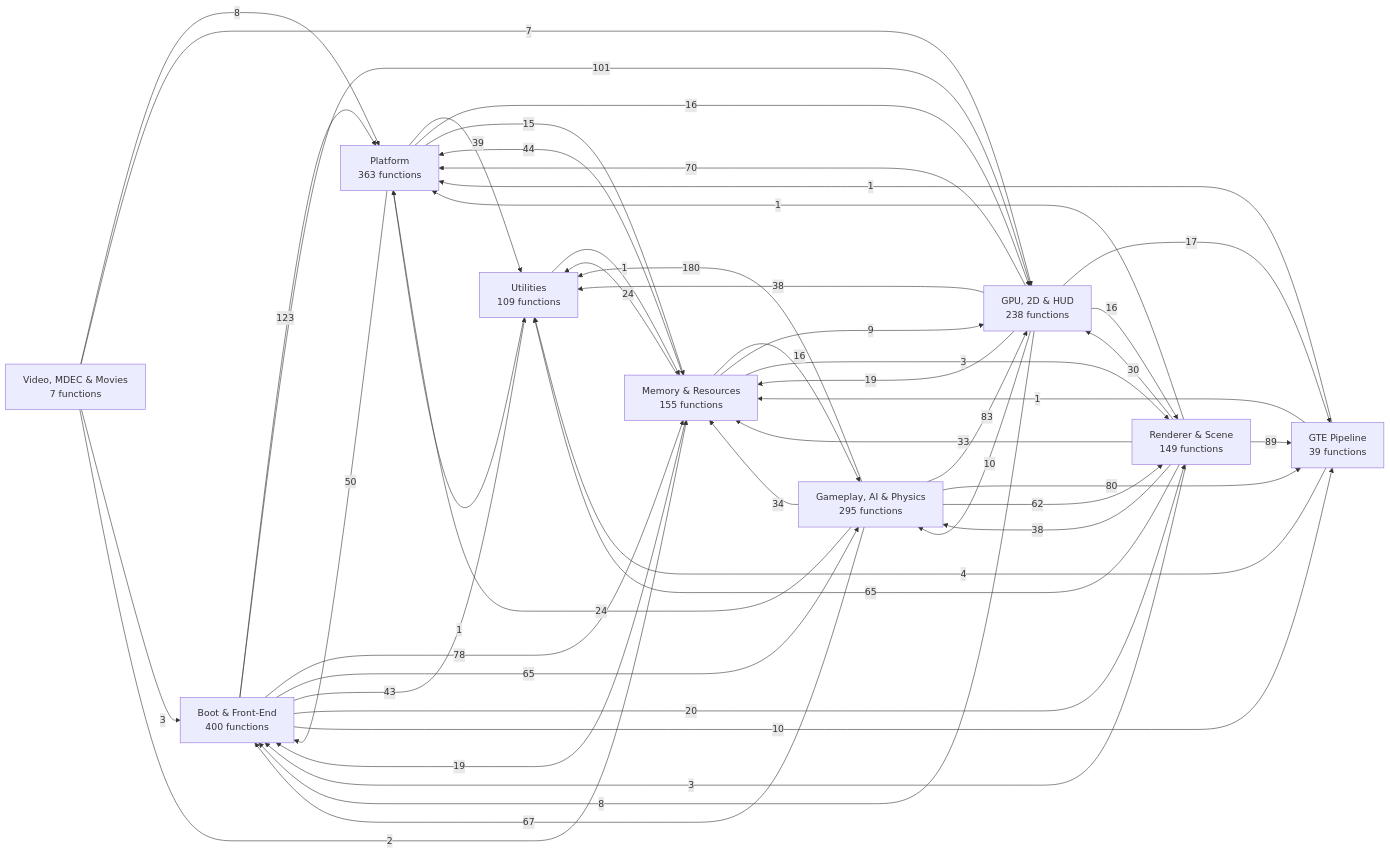
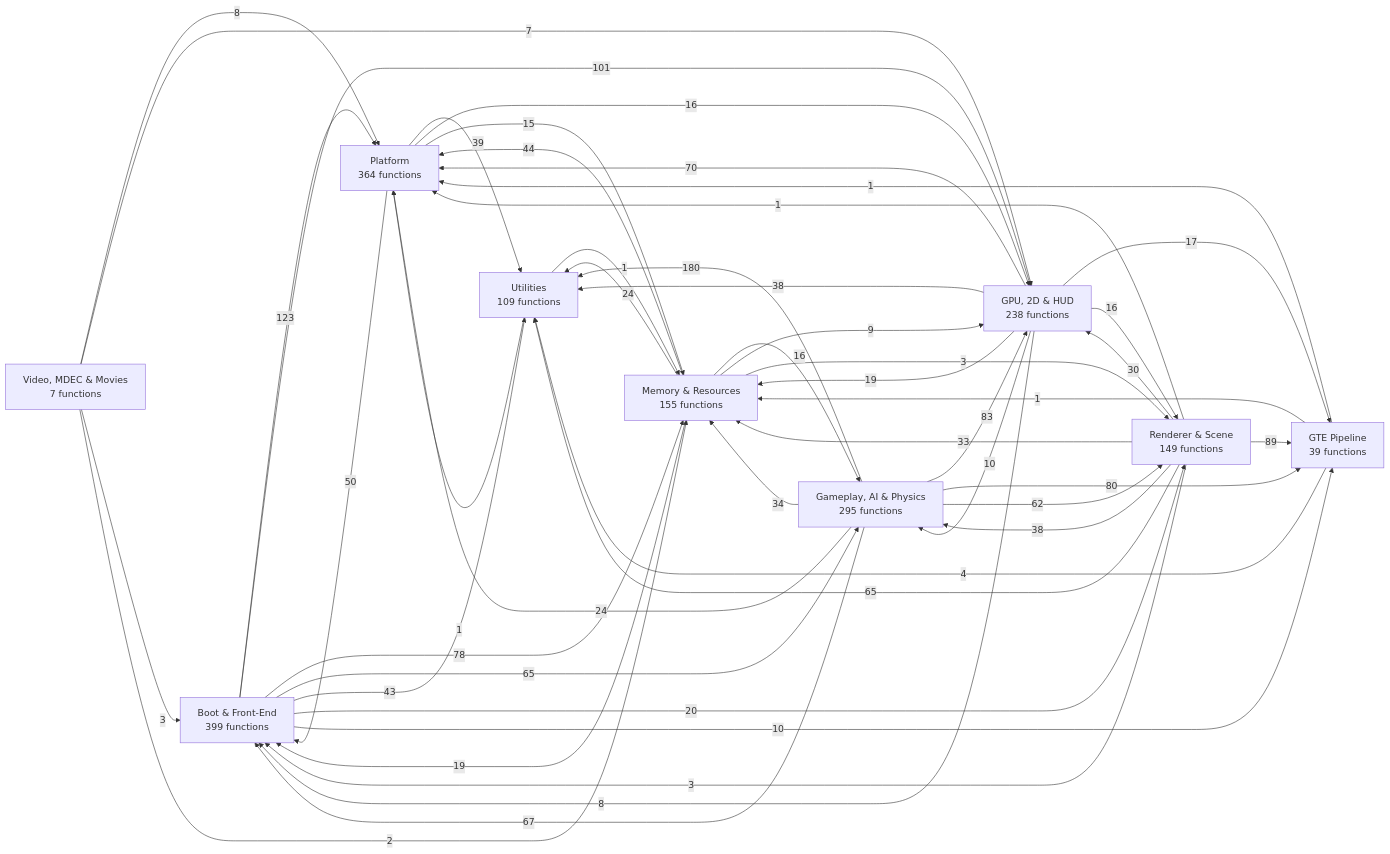
One commit to kai-luni/Future-Cop-L.A.P.D-PS1 changed the first of 11 diagrams in docs/FUNCTION_MAP.md. Above: the diagram before and after it, drawn with Mermaid. The commit also changed other lines of this file and 15 other files, not shown here.

````diff
--- a/docs/FUNCTION_MAP.md
+++ b/docs/FUNCTION_MAP.md
@@ -13,59 +13,59 @@
 ```mermaid
 graph LR
-    g0["Boot & Front-End<br/>400 functions"]
+    g0["Boot & Front-End<br/>399 functions"]
     g1["Memory & Resources<br/>155 functions"]
     g2["Video, MDEC & Movies<br/>7 functions"]
     g3["GTE Pipeline<br/>39 functions"]
     g4["Renderer & Scene<br/>149 functions"]
     g5["GPU, 2D & HUD<br/>238 functions"]
     g6["Gameplay, AI & Physics<br/>295 functions"]
-    g7["Platform<br/>363 functions"]
+    g7["Platform<br/>364 functions"]
     g8["Utilities<br/>109 functions"]
     g6 -->|180| g8
     g0 -->|123| g7
     g0 -->|101| g5
     g4 -->|89| g3
     g6 -->|83| g5
     g6 -->|80| g3
     g0 -->|78| g1
     g5 -->|70| g7
     g6 -->|67| g0
     g0 -->|65| g6
     g4 -->|65| g8
     g6 -->|62| g4
     g7 -->|50| g0
     g1 -->|44| g7
     g0 -->|43| g8
     g7 -->|39| g8
     g5 -->|38| g8
     g4 -->|38| g6
     g6 -->|34| g1
     g4 -->|33| g1
     g4 -->|30| g5
     g6 -->|24| g7
     g1 -->|24| g8
     g0 -->|20| g4
     g5 -->|19| g1
     g1 -->|19| g0
     g5 -->|17| g3
     g5 -->|16| g4
     g1 -->|16| g6
     g7 -->|16| g5
     g7 -->|15| g1
     g0 -->|10| g3
     g5 -->|10| g6
     g1 -->|9| g5
     g5 -->|8| g0
     g2 -->|8| g7
     g2 -->|7| g5
     g3 -->|4| g8
     g1 -->|3| g4
     g4 -->|3| g0
     g2 -->|3| g0
     g2 -->|2| g1
     g3 -->|1| g1
     g3 -->|1| g7
     g4 -->|1| g7
     g8 -->|1| g1
     g8 -->|1| g7
 ```
````
